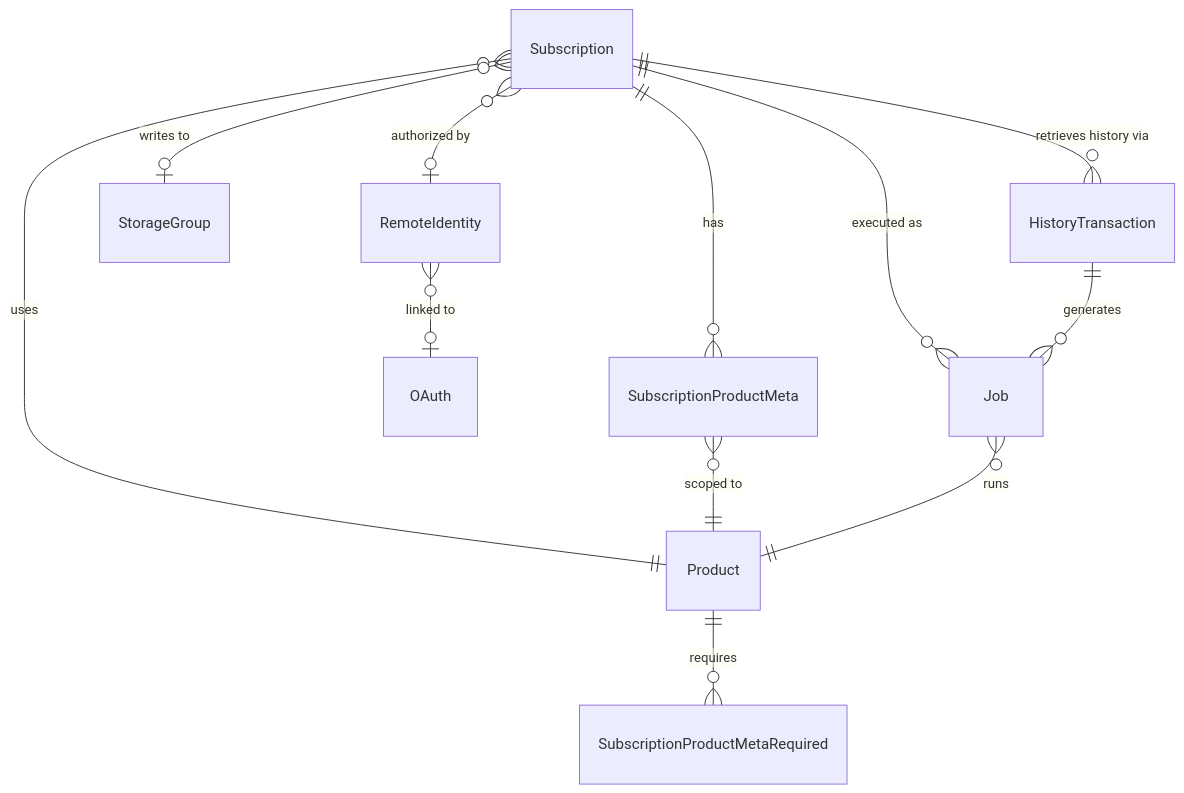
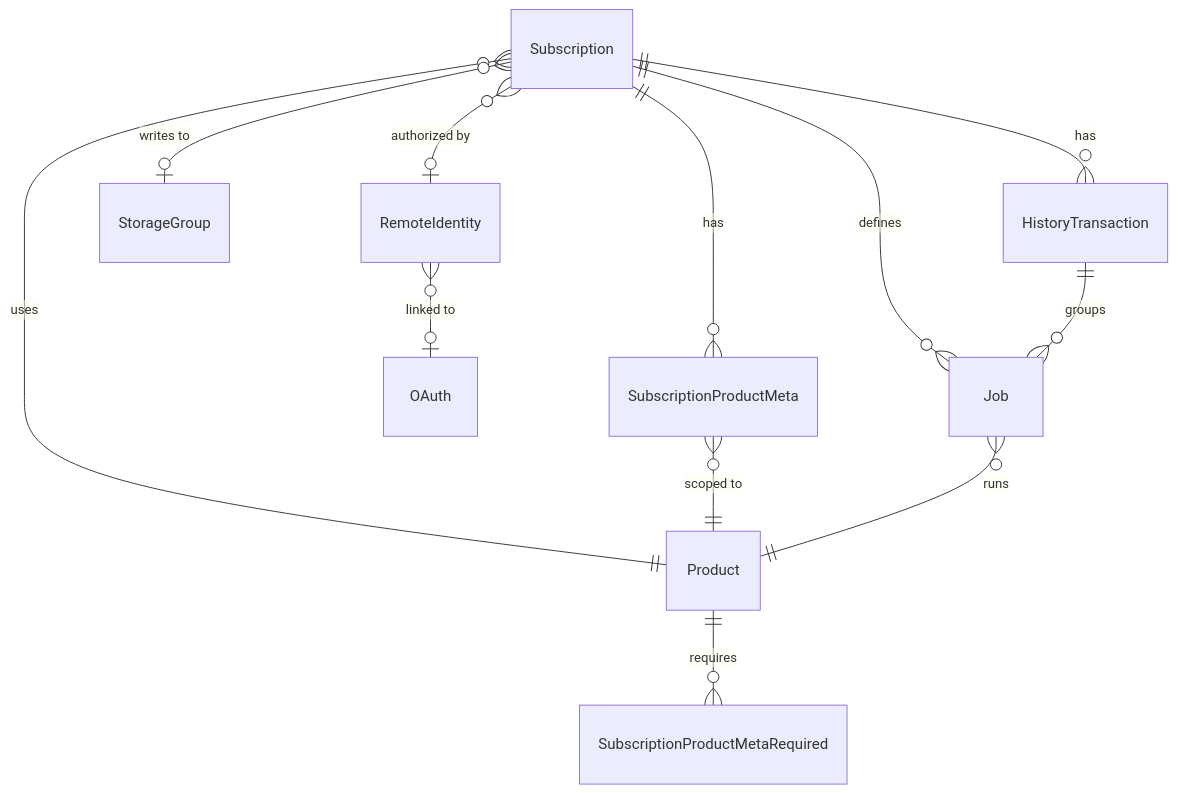
The diagram in api-usage-docs/data-model.md (openbridge/embedded-api), drawn with Mermaid before and after one commit. The commit also changed other lines of this file, not shown here.

````diff
--- a/api-usage-docs/data-model.md
+++ b/api-usage-docs/data-model.md
@@ -19,14 +19,14 @@
 ```mermaid
 erDiagram
     Subscription ||--o{ SubscriptionProductMeta : "has"
     Subscription }o--|| Product : "uses"
     Subscription }o--o| RemoteIdentity : "authorized by"
     Subscription }o--o| StorageGroup : "writes to"
     RemoteIdentity }o--o| OAuth : "linked to"
     Product ||--o{ SubscriptionProductMetaRequired : "requires"
     SubscriptionProductMeta }o--|| Product : "scoped to"
-    Subscription ||--o{ Job : "executed as"
+    Subscription ||--o{ Job : "defines"
     Job }o--|| Product : "runs"
-    Subscription ||--o{ HistoryTransaction : "retrieves history via"
-    HistoryTransaction ||--o{ Job : "generates"
+    Subscription ||--o{ HistoryTransaction : "has"
+    HistoryTransaction ||--o{ Job : "groups"
 ```
````
